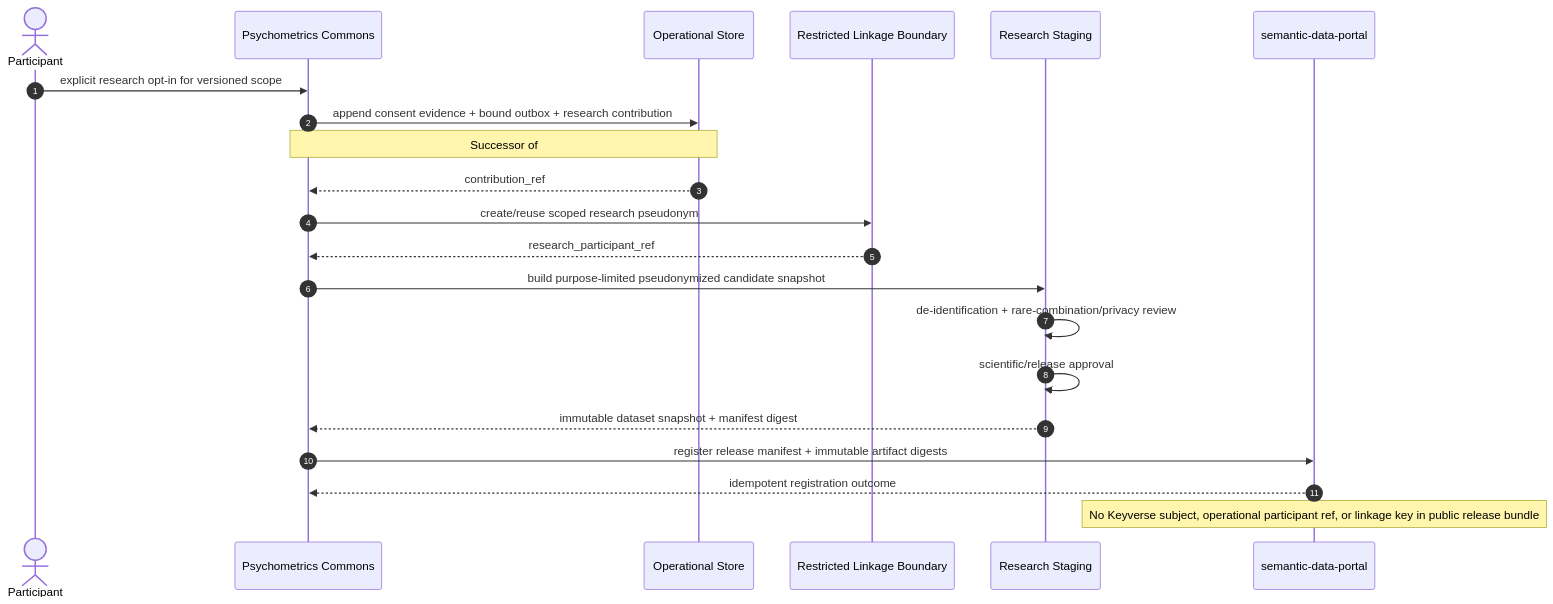
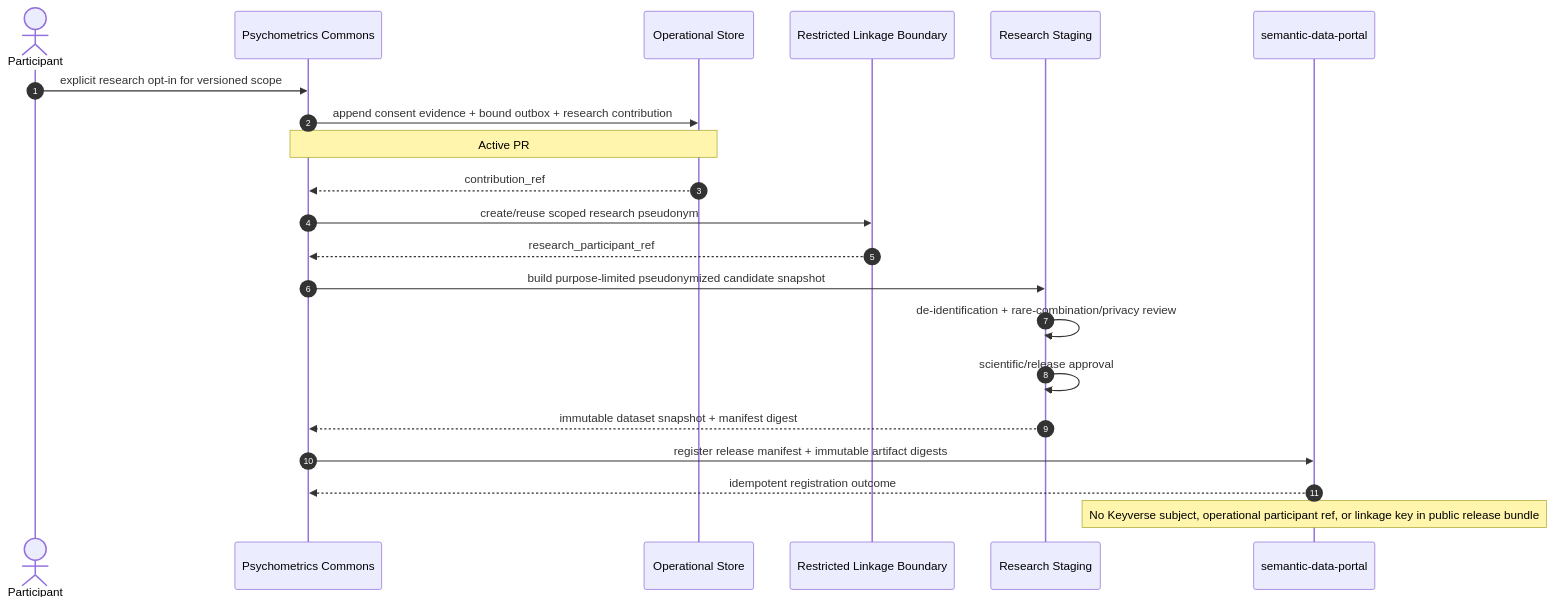
Before and after one commit to ContextualWisdomLab/psychometrics-commons: diagram 11 of 12 in docs/architecture/UML.md, drawn with Mermaid. The commit also changed 3 other files, not shown here.

First line of the commit message:
docs(consent): name Active PR #134 as the outbox merge candidate

````diff
--- a/docs/architecture/UML.md
+++ b/docs/architecture/UML.md
@@ -443,27 +443,27 @@
 ```mermaid
 sequenceDiagram
     autonumber
     actor P as Participant
     participant A as Psychometrics Commons
     participant DB as Operational Store
     participant L as Restricted Linkage Boundary
     participant R as Research Staging
     participant S as semantic-data-portal
 
     P->>A: explicit research opt-in for versioned scope
     A->>DB: append consent evidence + bound outbox + research contribution
-    Note over A,DB: Successor of #120/#123 commits the consent ledger change with its causally bound outbox row after locking the insertion-order durable ledger tail and failing closed on an ambiguous physical tail
+    Note over A,DB: Active PR #134 commits the consent ledger change with its causally bound outbox row after locking the insertion-order durable ledger tail and failing closed on an ambiguous physical tail
     DB-->>A: contribution_ref
     A->>L: create/reuse scoped research pseudonym
     L-->>A: research_participant_ref
 
     A->>R: build purpose-limited pseudonymized candidate snapshot
     R->>R: de-identification + rare-combination/privacy review
     R->>R: scientific/release approval
     R-->>A: immutable dataset snapshot + manifest digest
 
     A->>S: register release manifest + immutable artifact digests
     S-->>A: idempotent registration outcome
 
     Note over S: No Keyverse subject, operational participant ref, or linkage key in public release bundle
 ```
````
